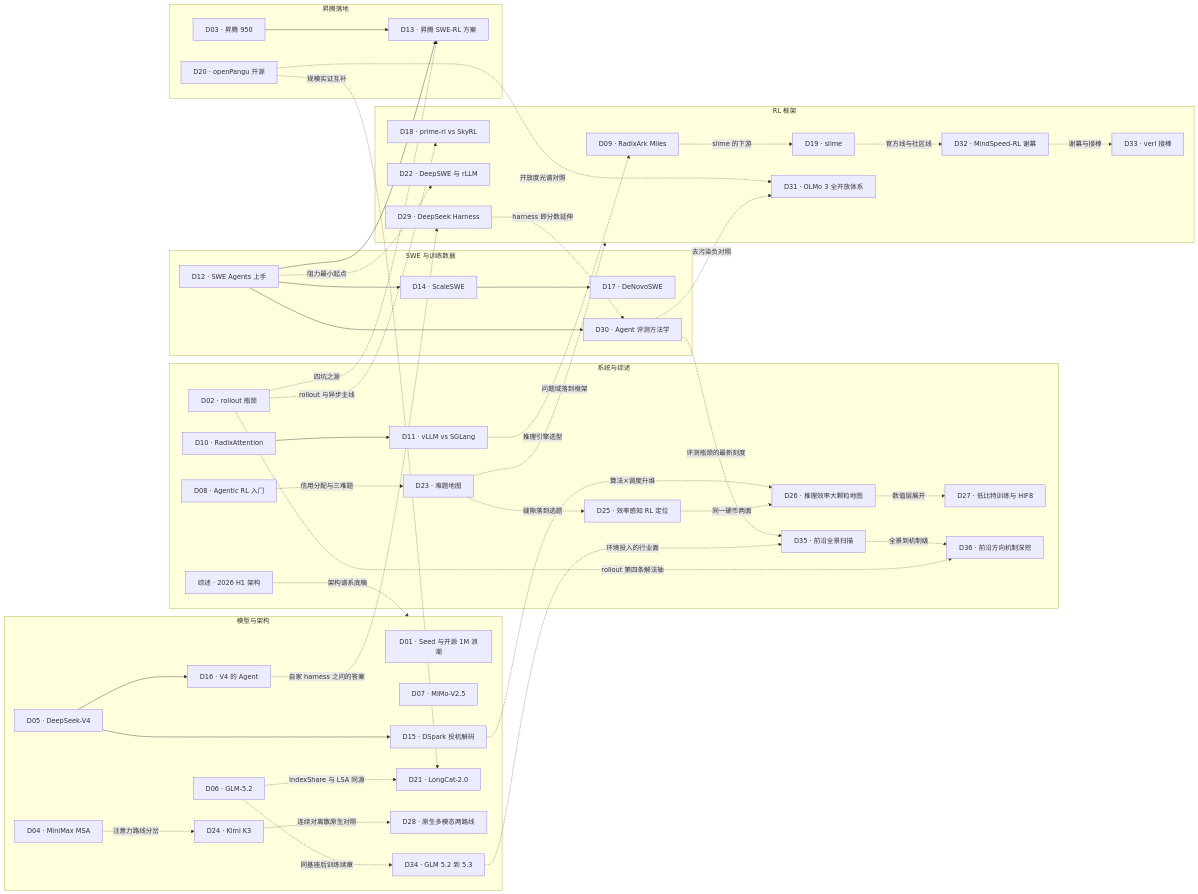
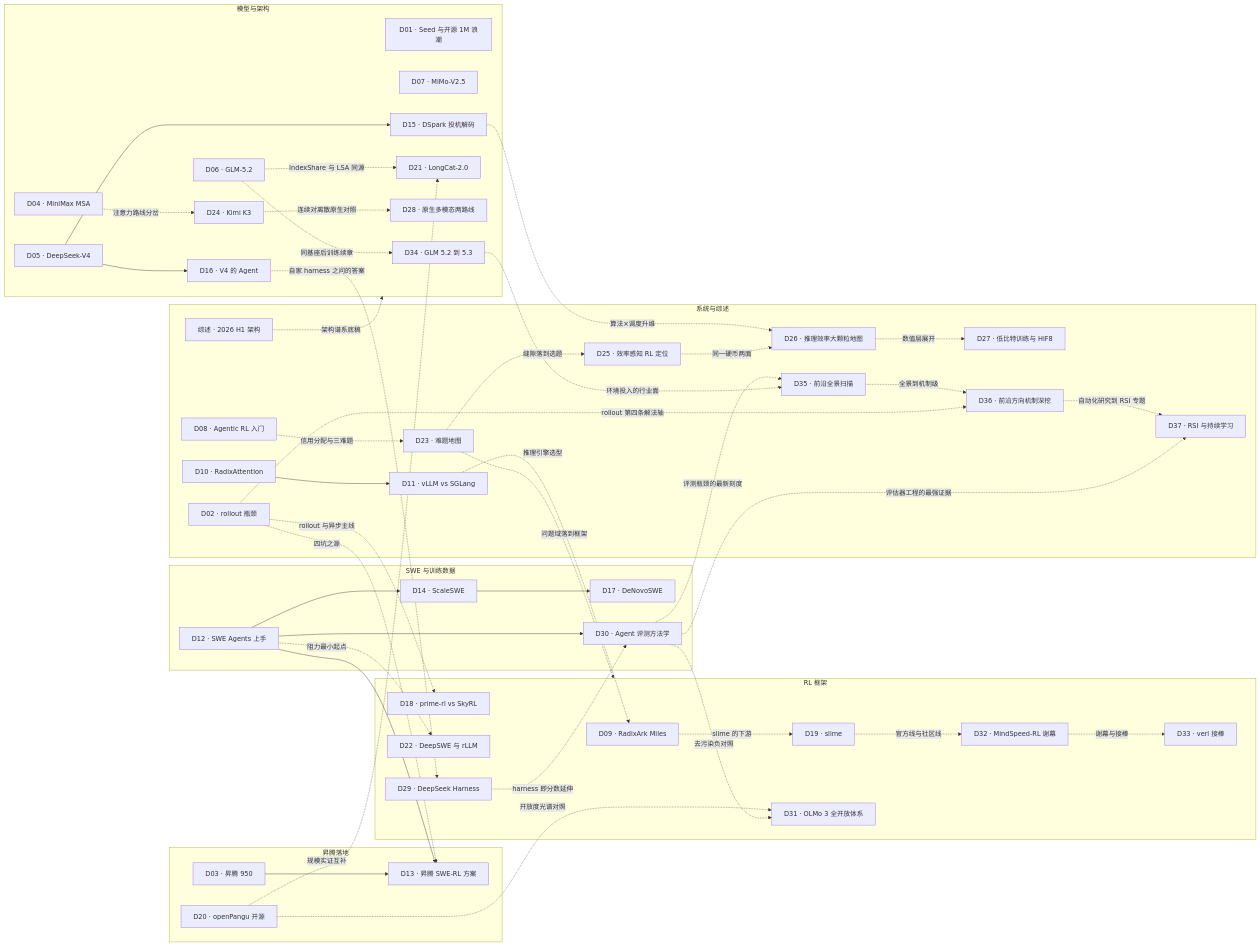
The diagram in data/blog-map.mmd (lloo099/mission44), drawn with Mermaid before and after one commit. The commit also changed 14 other files, not shown here.

```diff
--- a/data/blog-map.mmd
+++ b/data/blog-map.mmd
@@ -1,84 +1,87 @@
 flowchart LR
     subgraph SYS ["系统与综述"]
         SUR["综述 · 2026 H1 架构"]
         N02["D02 · rollout 瓶颈"]
         N08["D08 · Agentic RL 入门"]
         N10["D10 · RadixAttention"]
         N11["D11 · vLLM vs SGLang"]
         N23["D23 · 难题地图"]
         N25["D25 · 效率感知 RL 定位"]
         N26["D26 · 推理效率大颗粒地图"]
         N27["D27 · 低比特训练与 HiF8"]
         N35["D35 · 前沿全景扫描"]
         N36["D36 · 前沿方向机制深挖"]
+        N37["D37 · RSI 与持续学习"]
     end
     subgraph MODEL ["模型与架构"]
         N01["D01 · Seed 与开源 1M 浪潮"]
         N04["D04 · MiniMax MSA"]
         N05["D05 · DeepSeek-V4"]
         N06["D06 · GLM-5.2"]
         N07["D07 · MiMo-V2.5"]
         N15["D15 · DSpark 投机解码"]
         N16["D16 · V4 的 Agent"]
         N21["D21 · LongCat-2.0"]
         N24["D24 · Kimi K3"]
         N28["D28 · 原生多模态两路线"]
         N34["D34 · GLM 5.2 到 5.3"]
     end
     subgraph SWE ["SWE 与训练数据"]
         N12["D12 · SWE Agents 上手"]
         N14["D14 · ScaleSWE"]
         N17["D17 · DeNovoSWE"]
         N30["D30 · Agent 评测方法学"]
     end
     subgraph FW ["RL 框架"]
         N09["D09 · RadixArk Miles"]
         N18["D18 · prime-rl vs SkyRL"]
         N19["D19 · slime"]
         N22["D22 · DeepSWE 与 rLLM"]
         N29["D29 · DeepSeek Harness"]
         N31["D31 · OLMo 3 全开放体系"]
         N32["D32 · MindSpeed-RL 谢幕"]
         N33["D33 · verl 接棒"]
     end
     subgraph NPU ["昇腾落地"]
         N03["D03 · 昇腾 950"]
         N13["D13 · 昇腾 SWE-RL 方案"]
         N20["D20 · openPangu 开源"]
     end
 
     SUR -. "架构谱系底稿" .-> MODEL
     N02 -. "rollout 与异步主线" .-> N18
     N02 -. "四坑之源" .-> N13
     N08 -. "信用分配与三难题" .-> N23
     N23 -. "缝隙落到选题" .-> N25
     N15 -. "算法×调度升维" .-> N26
     N25 -. "同一硬币两面" .-> N26
     N26 -. "数值层展开" .-> N27
     N10 --> N11
     N11 -. "推理引擎选型" .-> N09
     N05 --> N15
     N05 --> N16
     N06 -. "IndexShare 与 LSA 同源" .-> N21
     N12 --> N13
     N12 --> N14
     N14 --> N17
     N12 -. "阻力最小起点" .-> N22
     N09 -. "slime 的下游" .-> N19
     N04 -. "注意力路线分岔" .-> N24
     N24 -. "连续对离散原生对照" .-> N28
     N06 -. "同基座后训练续章" .-> N34
     N16 -. "自家 harness 之问的答案" .-> N29
     N29 -. "harness 即分数延伸" .-> N30
     N12 --> N30
     N20 -. "开放度光谱对照" .-> N31
     N19 -. "官方线与社区线" .-> N32
     N32 -. "谢幕与接棒" .-> N33
     N30 -. "去污染负对照" .-> N31
     N03 --> N13
     N20 -. "规模实证互补" .-> N21
     N23 -. "问题域落到框架" .-> FW
     N30 -. "评测瓶颈的最新刻度" .-> N35
     N34 -. "环境投入的行业面" .-> N35
     N35 -. "全景到机制级" .-> N36
     N02 -. "rollout 第四条解法轴" .-> N36
+    N36 -. "自动化研究到 RSI 专题" .-> N37
+    N30 -. "评估器工程的最强证据" .-> N37
```
